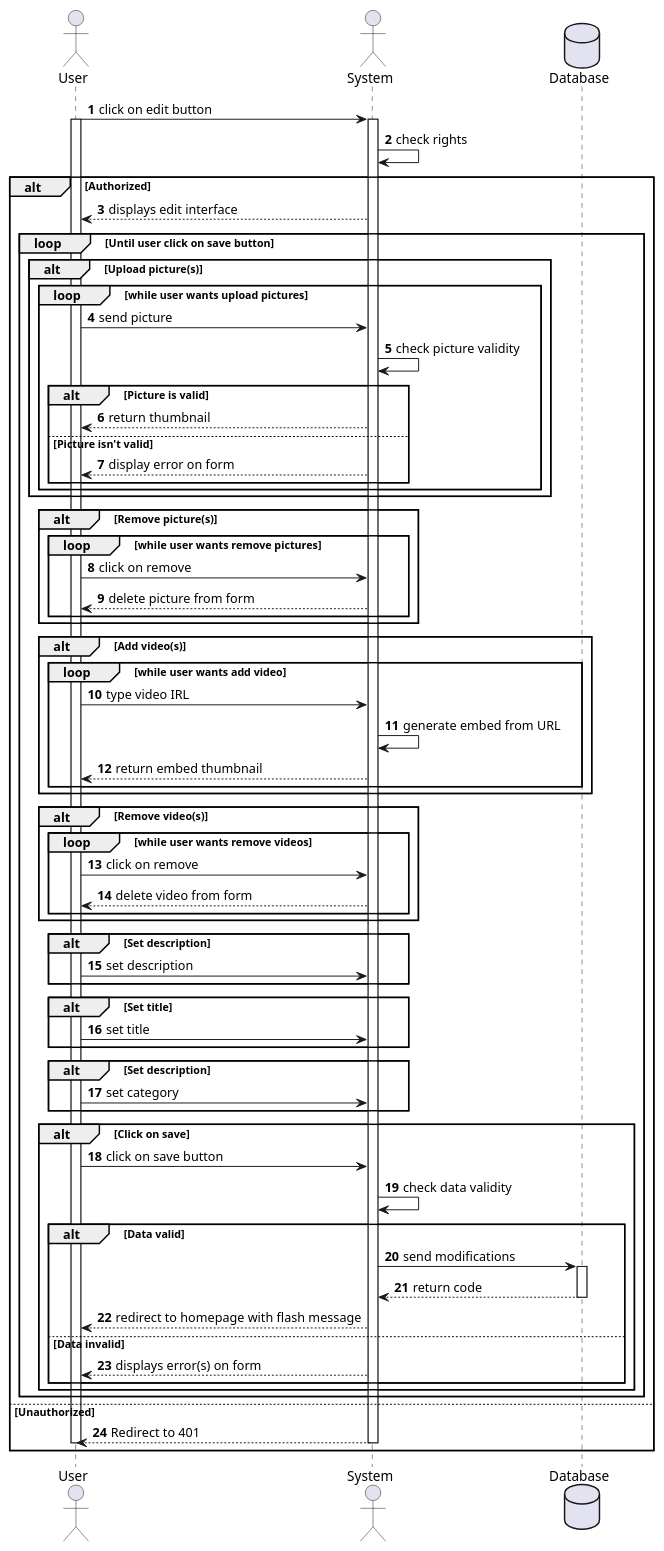
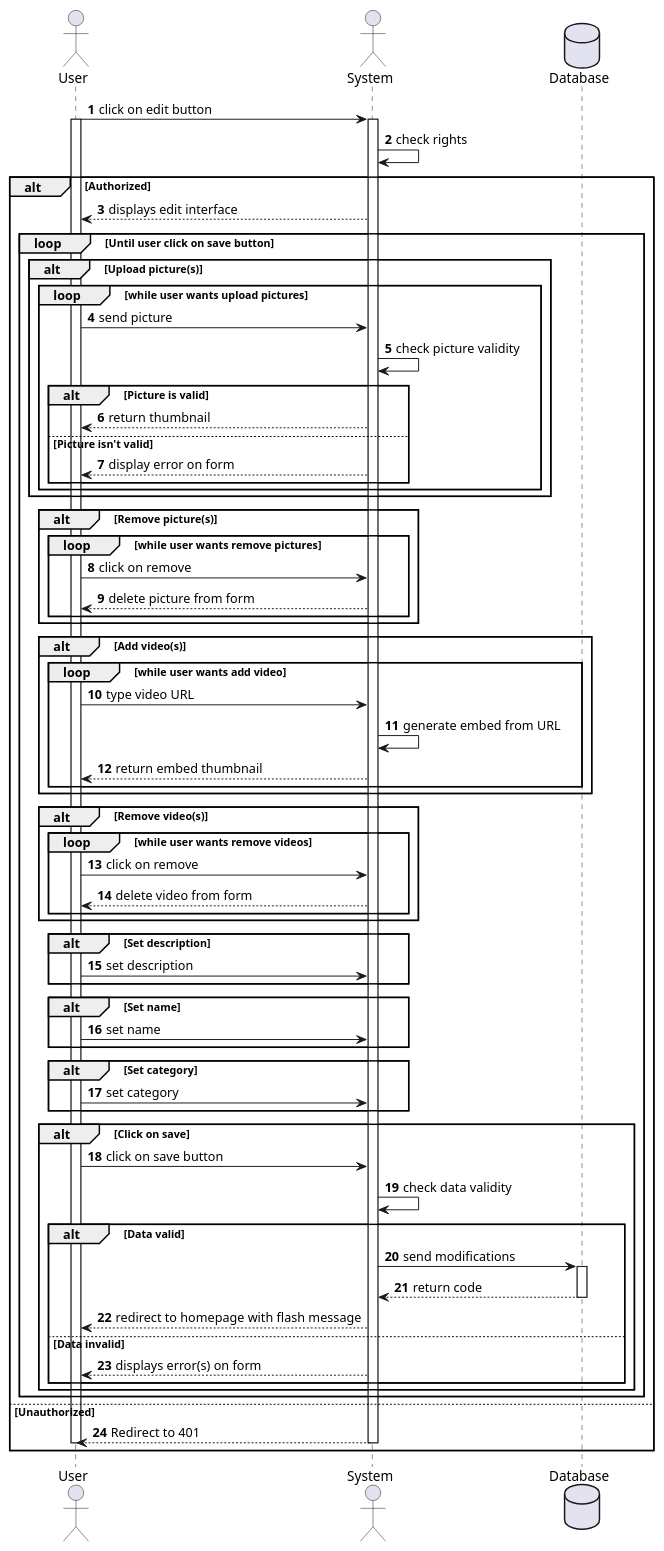
Before and after one commit to Xwyk/SnowTricks: the diagram in diagrams/editTrick.puml, drawn with PlantUML.

Commit message:
loop changes

```diff
--- a/diagrams/editTrick.puml
+++ b/diagrams/editTrick.puml
@@ -1,76 +1,76 @@
 @startuml
 'https://plantuml.com/sequence-diagram
 
 autonumber
 
 actor User as user
 actor System as system
 database Database as db
 
 user -> system : click on edit button
 activate user
 activate system
 system -> system : check rights
 alt Authorized
     user <-- system : displays edit interface
     loop Until user click on save button
         alt Upload picture(s)
             loop while user wants upload pictures
                 user -> system : send picture
                 system -> system : check picture validity
                 alt Picture is valid
                     user <-- system : return thumbnail
                 else Picture isn't valid
                     user <-- system : display error on form
                 end
             end
         end
         alt Remove picture(s)
             loop while user wants remove pictures
                 user -> system : click on remove
                 user <-- system : delete picture from form
             end
         end
         alt Add video(s)
             loop while user wants add video
-                user -> system : type video IRL
+                user -> system : type video URL
                 system -> system : generate embed from URL
                 user <-- system : return embed thumbnail
             end
         end
         alt Remove video(s)
             loop while user wants remove videos
                 user -> system : click on remove
                 user <-- system : delete video from form
             end
         end
         alt Set description
             user -> system : set description
         end
-        alt Set title
-            user -> system : set title
+        alt Set name
+            user -> system : set name
         end
-        alt Set description
+        alt Set category
             user -> system : set category
         end
         alt Click on save
             user -> system : click on save button
             system -> system : check data validity
             alt Data valid
                 system -> db : send modifications
                 activate db
                 system <-- db : return code
                 deactivate db
                 user <-- system : redirect to homepage with flash message
             else Data invalid
                 user <-- system : displays error(s) on form
             end
 
         end
     end
 else Unauthorized
     user <-- system : Redirect to 401
     deactivate system
     deactivate user
 end
 @enduml
```
